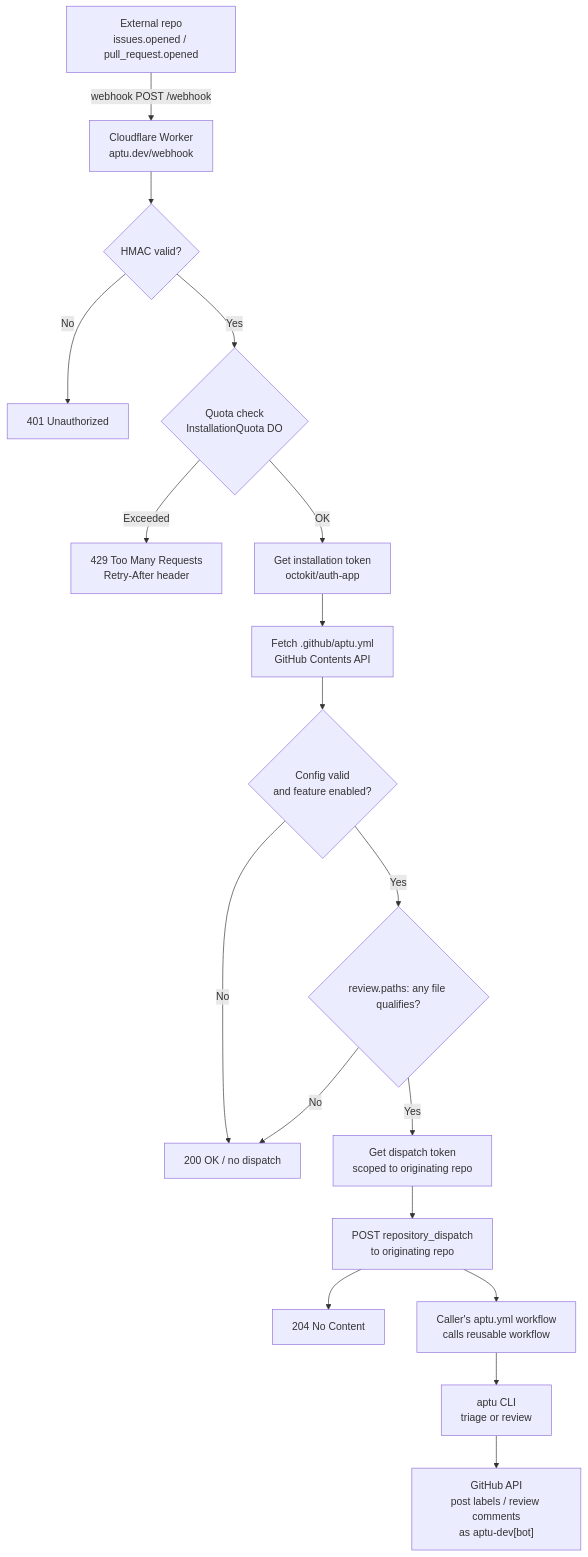
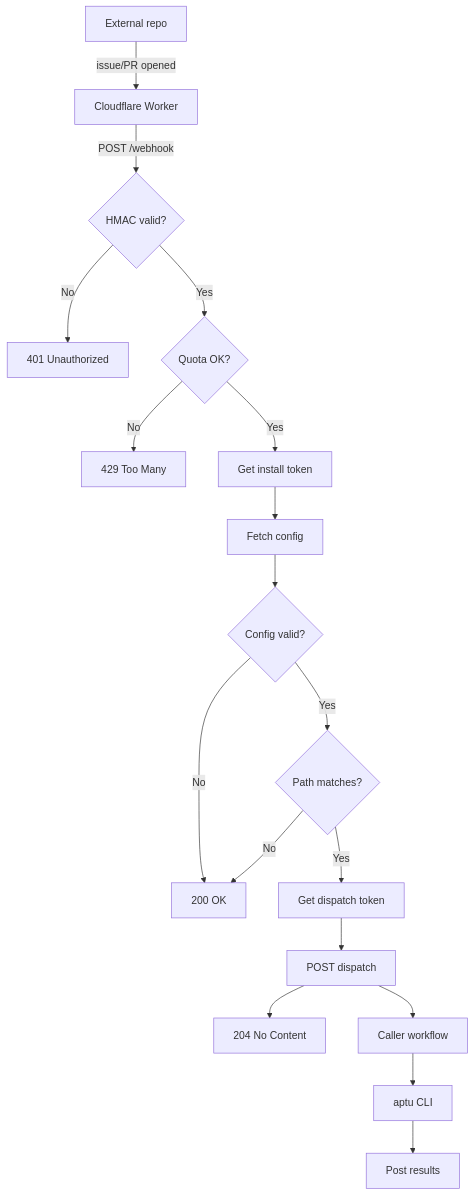
One commit to clouatre-labs/aptu-github-app changed the first of 2 diagrams in docs/ARCHITECTURE.md. Above: the diagram before and after it, drawn with Mermaid. The commit also changed other lines of this file and 1 other file, not shown here.

Commit message:
docs: reformat ARCHITECTURE.md Mermaid diagrams to short-label convention (#229)
Both diagrams used <br/>-joined multi-line node labels of 4-8 words,
violating the repo's Mermaid convention. Reformat to 1-3 word node
labels, moving load-bearing detail to edge labels; all such detail is
already documented in surrounding prose. Document the convention in
AGENTS.md.

Closes #228

````diff
--- a/docs/ARCHITECTURE.md
+++ b/docs/ARCHITECTURE.md
@@ -66,20 +66,20 @@
 ```mermaid
 graph TD
-    A["External repo<br/>issues.opened / pull_request.opened"] -->|"webhook POST /webhook"| B["Cloudflare Worker<br/>aptu.dev/webhook"]
-    B --> C{"HMAC valid?"}
+    A["External repo"] -->|"issue/PR opened"| B["Cloudflare Worker"]
+    B -->|"POST /webhook"| C{"HMAC valid?"}
     C -->|No| D["401 Unauthorized"]
-    C -->|Yes| E{"Quota check<br/>InstallationQuota DO"}
-    E -->|Exceeded| F["429 Too Many Requests<br/>Retry-After header"]
-    E -->|OK| G["Get installation token<br/>octokit/auth-app"]
-    G --> H["Fetch .github/aptu.yml<br/>GitHub Contents API"]
-    H --> I{"Config valid<br/>and feature enabled?"}
-    I -->|No| J["200 OK / no dispatch"]
-    I -->|Yes| K{"review.paths: any file qualifies?"}
+    C -->|Yes| E{"Quota OK?"}
+    E -->|No| F["429 Too Many"]
+    E -->|Yes| G["Get install token"]
+    G --> H["Fetch config"]
+    H --> I{"Config valid?"}
+    I -->|No| J["200 OK"]
+    I -->|Yes| K{"Path matches?"}
     K -->|No| J
-    K -->|Yes| L["Get dispatch token<br/>scoped to originating repo"]
-    L --> M["POST repository_dispatch<br/>to originating repo"]
+    K -->|Yes| L["Get dispatch token"]
+    L --> M["POST dispatch"]
     M --> N["204 No Content"]
-    M --> O["Caller's aptu.yml workflow<br/>calls reusable workflow"]
-    O --> P["aptu CLI<br/>triage or review"]
-    P --> Q["GitHub API<br/>post labels / review comments<br/>as aptu-dev[bot]"]
+    M --> O["Caller workflow"]
+    O --> P["aptu CLI"]
+    P --> Q["Post results"]
 ```
````
